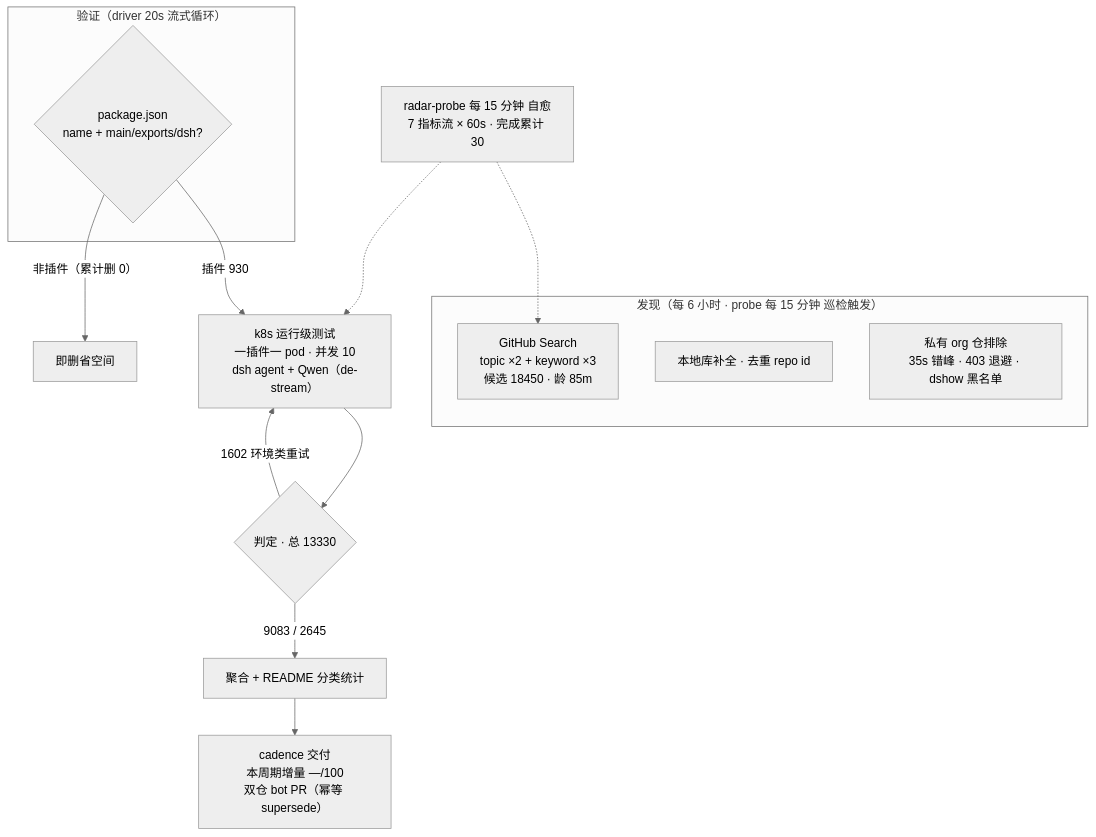
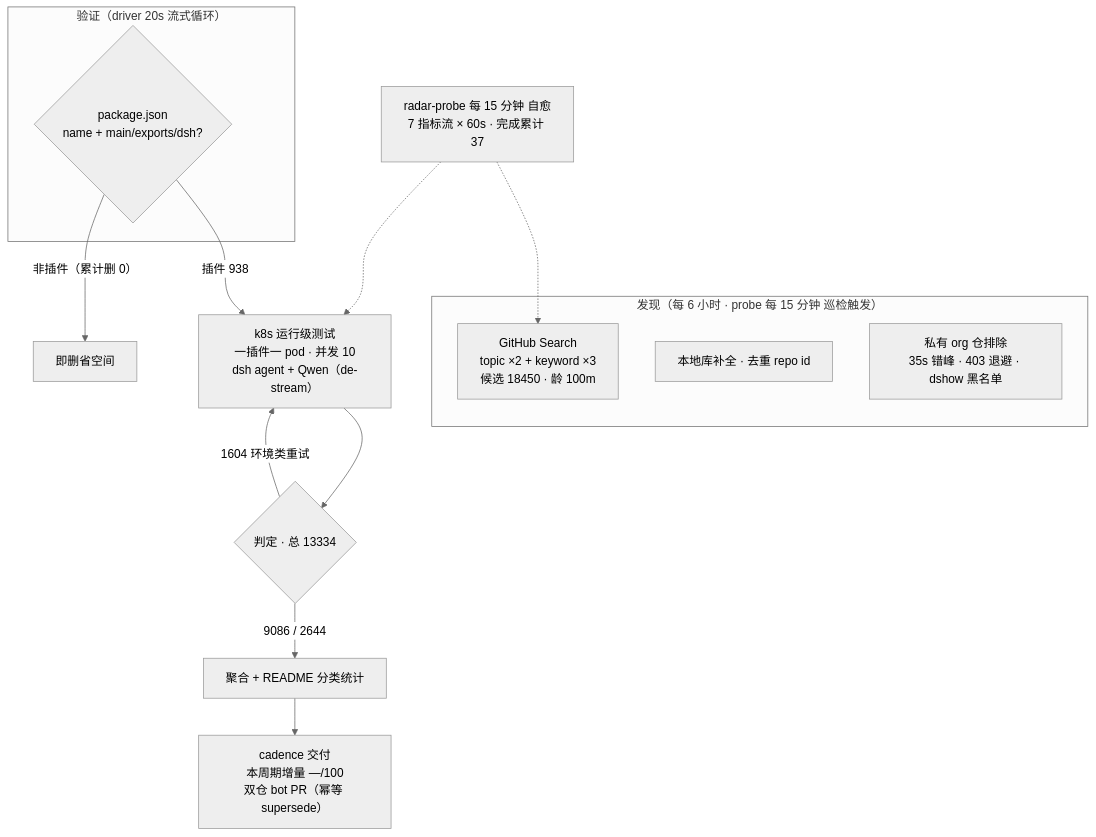
One commit to AdamPlatin123/awesome-dsh-plugins changed the diagram in README.md. Above: the diagram before and after it, drawn with Mermaid (neutral theme). The commit also changed other lines of this file and 12 other files, not shown here.

````diff
--- a/README.md
+++ b/README.md
@@ -52,20 +52,20 @@
 ```mermaid
 flowchart TB
     subgraph Discovery["发现（每 6 小时 · probe 每 15 分钟 巡检触发）"]
-        A1["GitHub Search<br/>topic ×2 + keyword ×3<br/>候选 18450 · 龄 85m"]
+        A1["GitHub Search<br/>topic ×2 + keyword ×3<br/>候选 18450 · 龄 100m"]
         A2["本地库补全 · 去重 repo id"]
         A3["私有 org 仓排除<br/>35s 错峰 · 403 退避 · dshow 黑名单"]
     end
     subgraph Validation["验证（driver 20s 流式循环）"]
         B1{"package.json<br/>name + main/exports/dsh?"}
     end
-    B1 -->|"插件 930"| C1["k8s 运行级测试<br/>一插件一 pod · 并发 10<br/>dsh agent + Qwen（de-stream）"]
+    B1 -->|"插件 938"| C1["k8s 运行级测试<br/>一插件一 pod · 并发 10<br/>dsh agent + Qwen（de-stream）"]
     B1 -->|"非插件（累计删 0）"| B3["即删省空间"]
-    C1 --> D1{"判定 · 总 13330"}
-    D1 -->|"9083 / 2645"| E1["聚合 + README 分类统计"]
-    D1 -->|"1602 环境类重试"| C1
+    C1 --> D1{"判定 · 总 13334"}
+    D1 -->|"9086 / 2644"| E1["聚合 + README 分类统计"]
+    D1 -->|"1604 环境类重试"| C1
     E1 --> E2["cadence 交付<br/>本周期增量 —/100<br/>双仓 bot PR（幂等 supersede）"]
-    M["radar-probe 每 15 分钟 自愈<br/>7 指标流 × 60s · 完成累计 30"]
+    M["radar-probe 每 15 分钟 自愈<br/>7 指标流 × 60s · 完成累计 37"]
     M -.-> A1
     M -.-> C1
 ```
````
